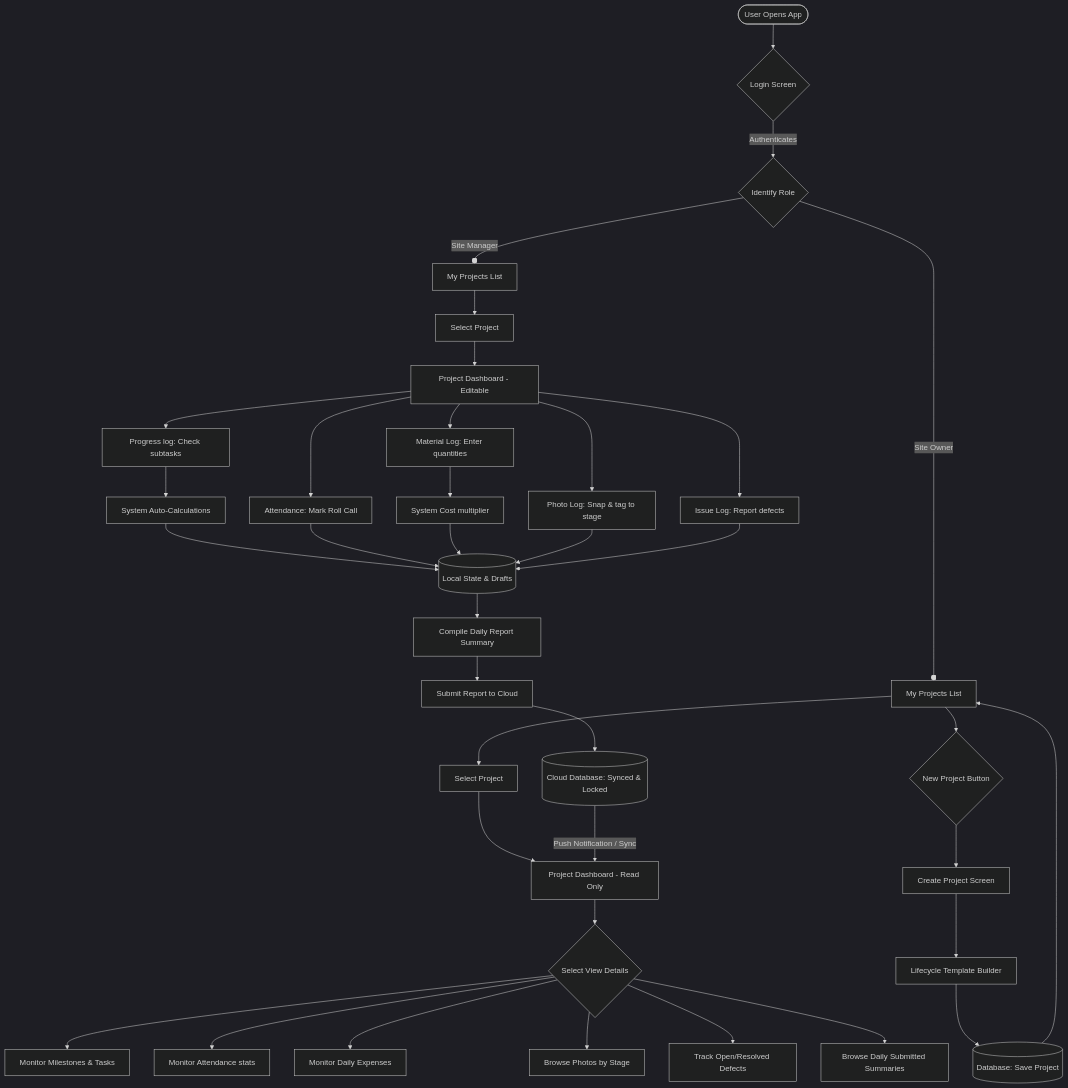
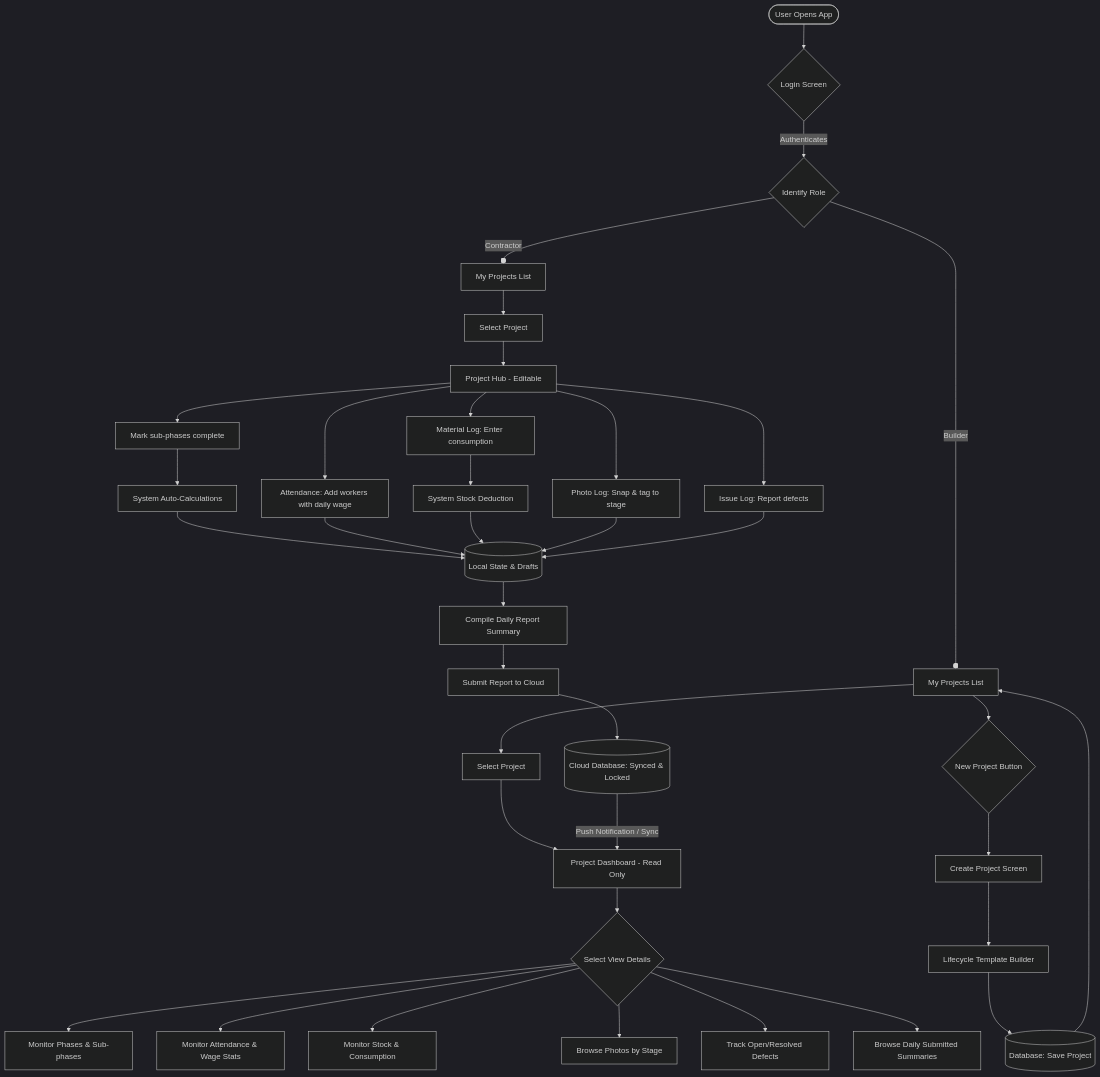
The diagram in docs/Workflow_Design.md (DivyaJaviya01/BuildEx_app), drawn with Mermaid (dark theme) before and after one commit. The commit also changed other lines of this file and 16 other files, not shown here.

Commit message:
docs: synchronize system design and map page redirection flow

````diff
--- a/docs/Workflow_Design.md
+++ b/docs/Workflow_Design.md
@@ -41,47 +41,47 @@
 ```mermaid
 flowchart TD
     Start([User Opens App]) --> Login{Login Screen}
     
     %% Role Gate
     Login -- Authenticates --> RoleGate{Identify Role}
     
     %% Site Owner Flow
-    RoleGate -- Site Owner --o OwnerProjects[My Projects List]
-    OwnerProjects --> ProjectSelectOwner[Select Project]
-    OwnerProjects --> CreateProjButton{New Project Button} --> ProjectCreator[Create Project Screen]
+    RoleGate -- Builder --o BuilderProjects[My Projects List]
+    BuilderProjects --> ProjectSelectBuilder[Select Project]
+    BuilderProjects --> CreateProjButton{New Project Button} --> ProjectCreator[Create Project Screen]
     ProjectCreator --> SelectTemplate[Lifecycle Template Builder] --> SaveNewProj[(Database: Save Project)]
-    SaveNewProj --> OwnerProjects
+    SaveNewProj --> BuilderProjects
     
-    ProjectSelectOwner --> OwnerDash[Project Dashboard - Read Only]
-    OwnerDash --> ViewDetails{Select View Details}
-    ViewDetails --> ViewProgress[Monitor Milestones & Tasks]
-    ViewDetails --> ViewAttendance[Monitor Attendance stats]
-    ViewDetails --> ViewMaterials[Monitor Daily Expenses]
+    ProjectSelectBuilder --> BuilderDash[Project Dashboard - Read Only]
+    BuilderDash --> ViewDetails{Select View Details}
+    ViewDetails --> ViewProgress[Monitor Phases & Sub-phases]
+    ViewDetails --> ViewAttendance[Monitor Attendance & Wage Stats]
+    ViewDetails --> ViewMaterials[Monitor Stock & Consumption]
     ViewDetails --> ViewPhotos[Browse Photos by Stage]
     ViewDetails --> ViewIssues[Track Open/Resolved Defects]
     ViewDetails --> ViewReports[Browse Daily Submitted Summaries]
     
-    %% Site Manager Flow
-    RoleGate -- Site Manager --o ManagerProjects[My Projects List]
-    ManagerProjects --> ProjectSelectManager[Select Project]
-    ProjectSelectManager --> ManagerDash[Project Dashboard - Editable]
+    %% Contractor Flow
+    RoleGate -- Contractor --o ContractorProjects[My Projects List]
+    ContractorProjects --> ProjectSelectContractor[Select Project]
+    ProjectSelectContractor --> ContractorHub[Project Hub - Editable]
     
-    ManagerDash --> EditProgress[Progress log: Check subtasks] --> CalcProgress[System Auto-Calculations]
-    ManagerDash --> EditAttendance[Attendance: Mark Roll Call]
-    ManagerDash --> EditMaterials[Material Log: Enter quantities] --> CalcCost[System Cost multiplier]
-    ManagerDash --> EditPhotos[Photo Log: Snap & tag to stage]
-    ManagerDash --> EditIssues[Issue Log: Report defects]
+    ContractorHub --> EditProgress[Mark sub-phases complete] --> CalcProgress[System Auto-Calculations]
+    ContractorHub --> EditAttendance[Attendance: Add workers with daily wage]
+    ContractorHub --> EditMaterials[Material Log: Enter consumption] --> CalcStock[System Stock Deduction]
+    ContractorHub --> EditPhotos[Photo Log: Snap & tag to stage]
+    ContractorHub --> EditIssues[Issue Log: Report defects]
     
     %% Local Data Updates
     CalcProgress --> LocalDB[(Local State & Drafts)]
     EditAttendance --> LocalDB
-    CalcCost --> LocalDB
+    CalcStock --> LocalDB
     EditPhotos --> LocalDB
     EditIssues --> LocalDB
     
     %% Report Submission Loop
     LocalDB --> DailyReportView[Compile Daily Report Summary]
     DailyReportView --> SubmitReportButton[Submit Report to Cloud]
     SubmitReportButton --> SaveCloud[(Cloud Database: Synced & Locked)]
-    SaveCloud -- Push Notification / Sync --> OwnerDash
+    SaveCloud -- Push Notification / Sync --> BuilderDash
 ```
````
